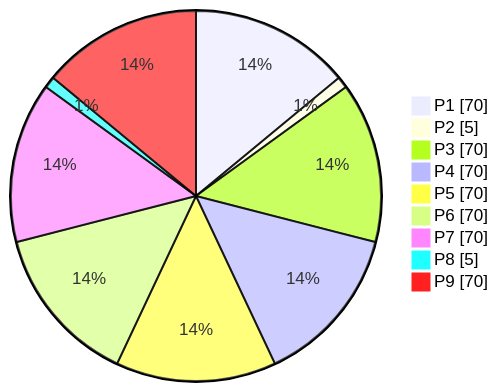
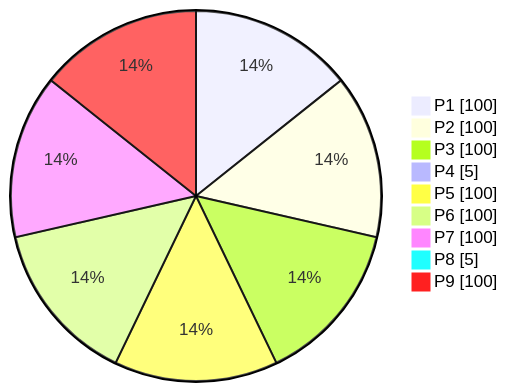
One commit to Azrea-Shade/Trader-Forge changed the diagram in PHASES-1-9_Debugging_Progress.md. Above: the diagram before and after it, drawn with Mermaid. The commit also changed other lines of this file, not shown here.

````diff
--- a/PHASES-1-9_Debugging_Progress.md
+++ b/PHASES-1-9_Debugging_Progress.md
@@ -23,12 +23,12 @@
 ```mermaid
 pie showData
-  "P1" : 70
-  "P2" : 5
-  "P3" : 70
-  "P4" : 70
-  "P5" : 70
-  "P6" : 70
-  "P7" : 70
+  "P1" : 100
+  "P2" : 100
+  "P3" : 100
+  "P4" : 5
+  "P5" : 100
+  "P6" : 100
+  "P7" : 100
   "P8" : 5
-  "P9" : 70
+  "P9" : 100
 ```
````
